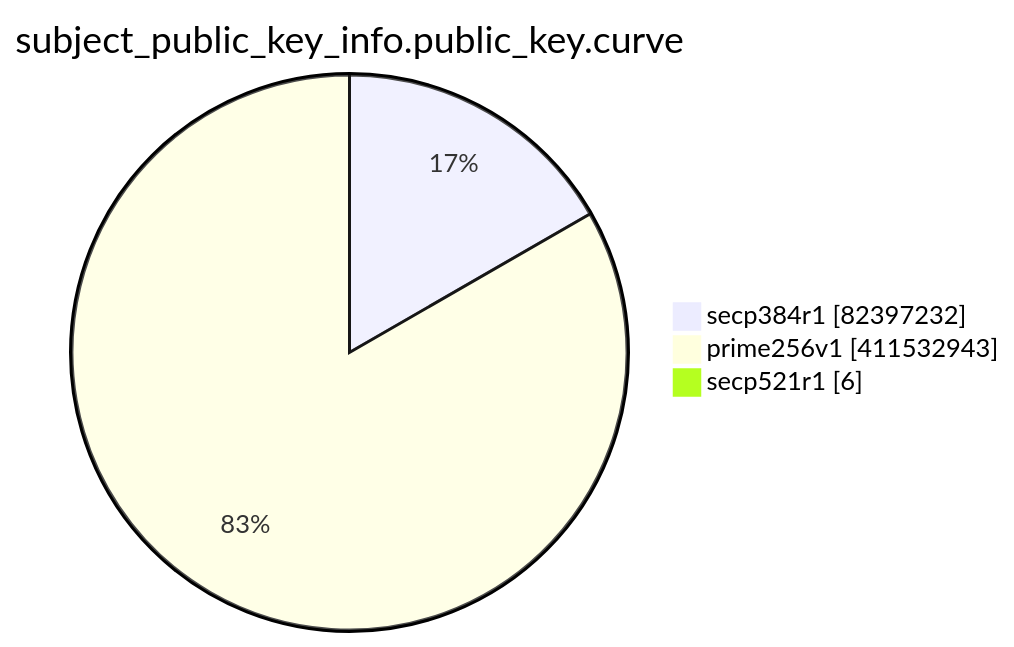
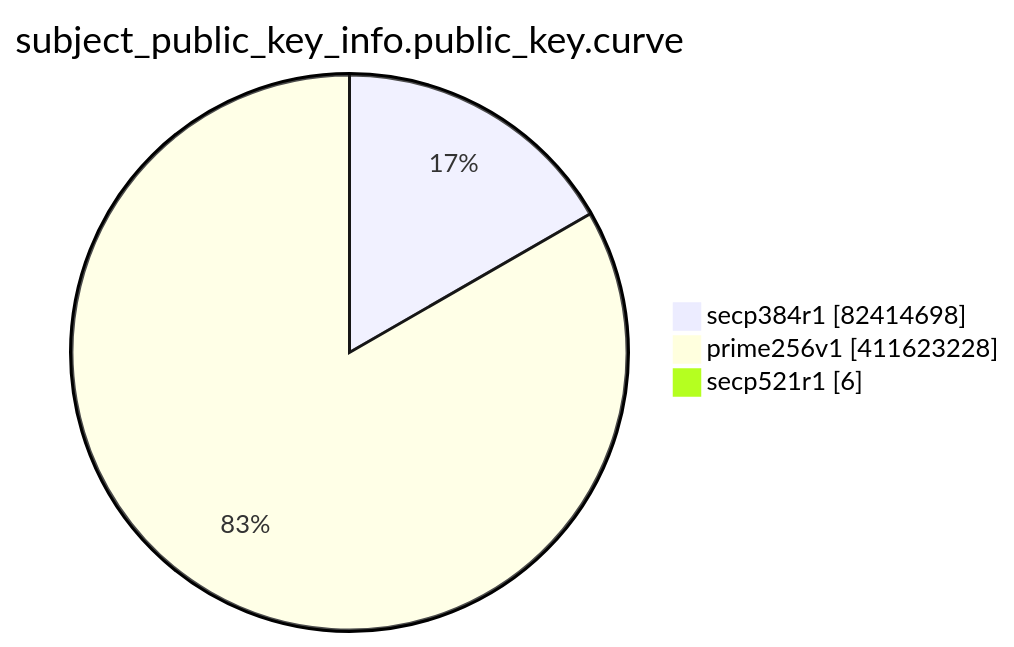
Before and after one commit to christiankrug/ctmonitor_visualization: the eighth of 15 diagrams in TOTAL/README.md, drawn with Mermaid. The commit also changed other lines of this file, not shown here.

````diff
--- a/TOTAL/README.md
+++ b/TOTAL/README.md
@@ -3097,7 +3097,7 @@
 ```mermaid
 pie showData
 title subject_public_key_info.public_key.curve
-"secp384r1" :82397232
-"prime256v1" :411532943
+"secp384r1" :82414698
+"prime256v1" :411623228
 "secp521r1" :6
 ```
````
